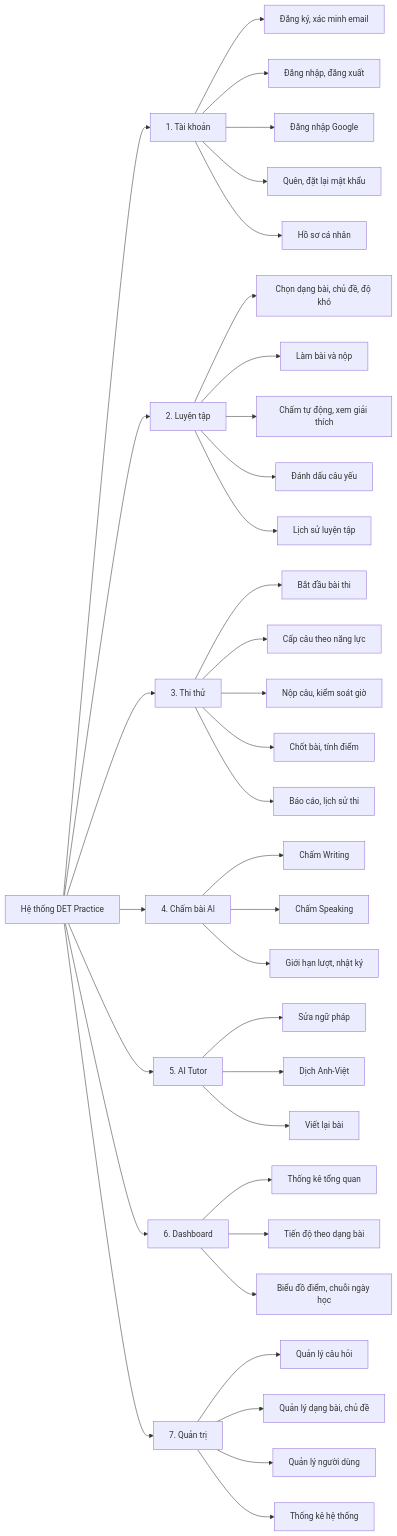
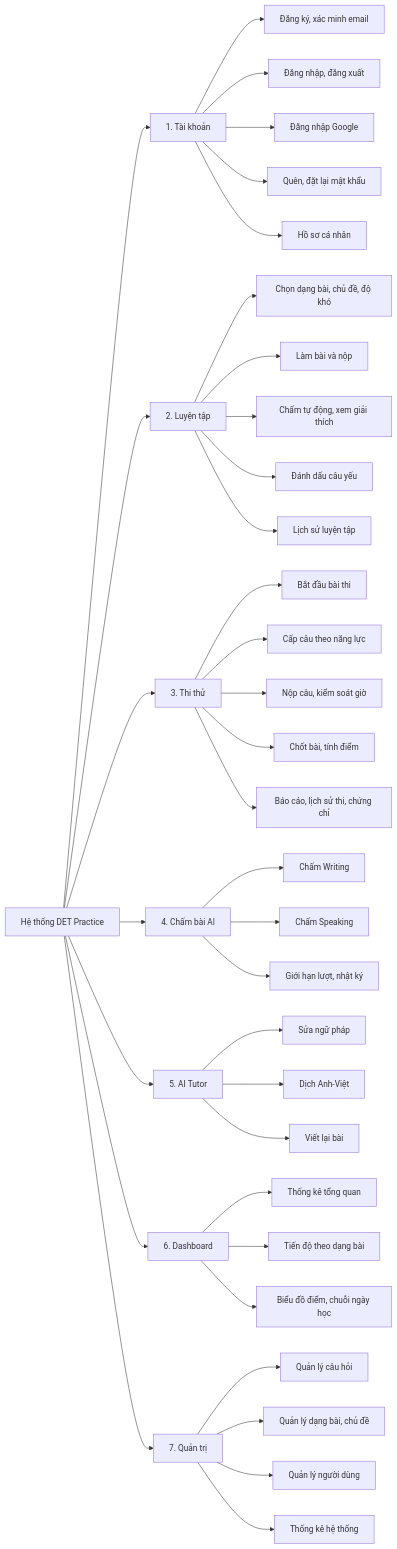
One commit to NhatLam9/Phat_Trien_Ma_Nguon_Mo changed the first of 6 diagrams in docs/Thiết kế hệ thống DET Practice.md. Above: the diagram before and after it, drawn with Mermaid. The commit also changed other lines of this file and 4 other files, not shown here.

````diff
--- a/docs/Thiết kế hệ thống DET Practice.md
+++ b/docs/Thiết kế hệ thống DET Practice.md
@@ -220,46 +225,46 @@
 ```mermaid
 flowchart LR
   ROOT["Hệ thống DET Practice"]
 
   ROOT --> TK["1. Tài khoản"]
   TK --> TK1["Đăng ký, xác minh email"]
   TK --> TK2["Đăng nhập, đăng xuất"]
   TK --> TK3["Đăng nhập Google"]
   TK --> TK4["Quên, đặt lại mật khẩu"]
   TK --> TK5["Hồ sơ cá nhân"]
 
   ROOT --> LT["2. Luyện tập"]
   LT --> LT1["Chọn dạng bài, chủ đề, độ khó"]
   LT --> LT2["Làm bài và nộp"]
   LT --> LT3["Chấm tự động, xem giải thích"]
   LT --> LT4["Đánh dấu câu yếu"]
   LT --> LT5["Lịch sử luyện tập"]
 
   ROOT --> MT["3. Thi thử"]
   MT --> MT1["Bắt đầu bài thi"]
   MT --> MT2["Cấp câu theo năng lực"]
   MT --> MT3["Nộp câu, kiểm soát giờ"]
   MT --> MT4["Chốt bài, tính điểm"]
-  MT --> MT5["Báo cáo, lịch sử thi"]
+  MT --> MT5["Báo cáo, lịch sử thi, chứng chỉ"]
 
   ROOT --> AI["4. Chấm bài AI"]
   AI --> AI1["Chấm Writing"]
   AI --> AI2["Chấm Speaking"]
   AI --> AI3["Giới hạn lượt, nhật ký"]
 
   ROOT --> TU["5. AI Tutor"]
   TU --> TU1["Sửa ngữ pháp"]
   TU --> TU2["Dịch Anh-Việt"]
   TU --> TU3["Viết lại bài"]
 
   ROOT --> DB["6. Dashboard"]
   DB --> DB1["Thống kê tổng quan"]
   DB --> DB2["Tiến độ theo dạng bài"]
   DB --> DB3["Biểu đồ điểm, chuỗi ngày học"]
 
   ROOT --> AD["7. Quản trị"]
   AD --> AD1["Quản lý câu hỏi"]
   AD --> AD2["Quản lý dạng bài, chủ đề"]
   AD --> AD3["Quản lý người dùng"]
   AD --> AD4["Thống kê hệ thống"]
 ```
````
